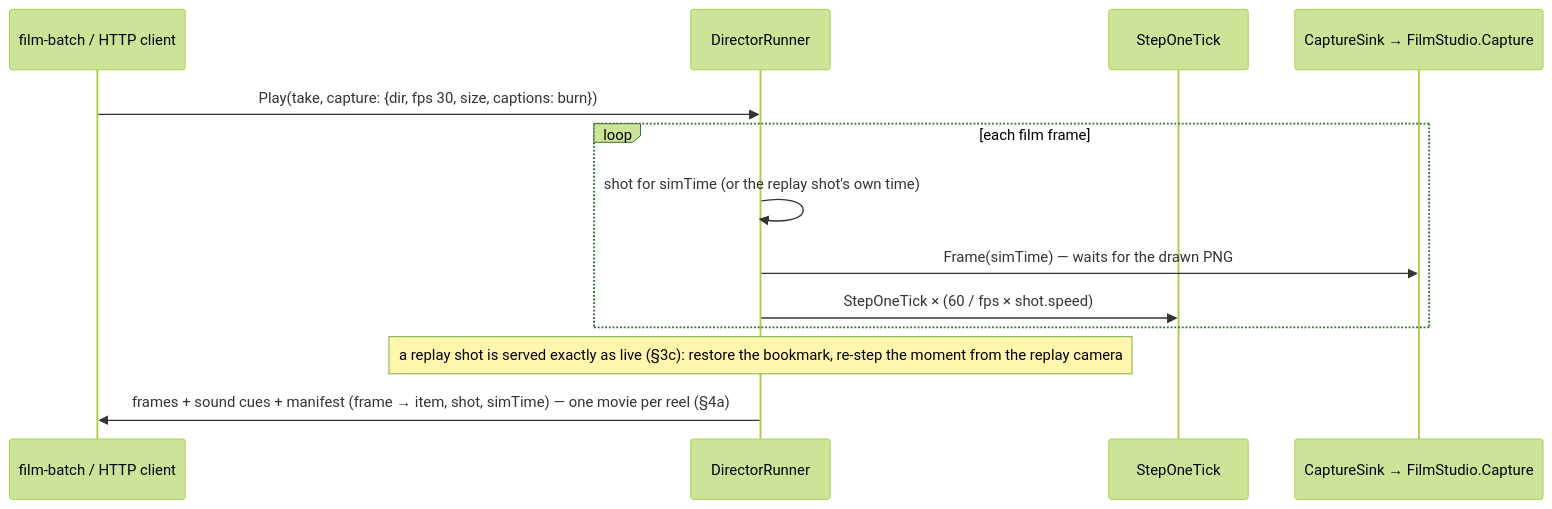
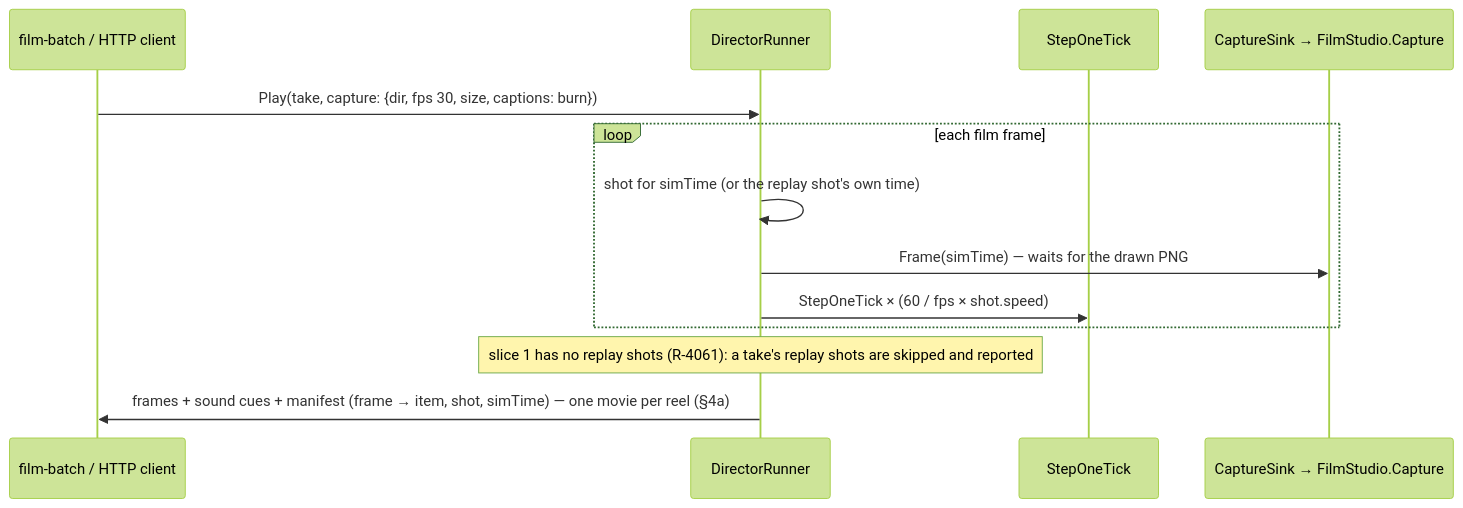
Before and after one commit to pjanec/HROT: the fifth of 5 diagrams in docs/DESIGN_Film_Director.md, drawn with Mermaid (forest theme). The commit also changed other lines of this file and 3 other files, not shown here.

First line of the commit message:
docs: film director third pass — R-4061: a full LIVE run (from the file, recorded), not the preview; no instant replays in slice 1, later from the recording

````diff
--- a/docs/DESIGN_Film_Director.md
+++ b/docs/DESIGN_Film_Director.md
@@ -301,15 +297,15 @@
 ```mermaid
 sequenceDiagram
   participant B as film-batch / HTTP client
   participant R as DirectorRunner
   participant C as StepOneTick
   participant K as CaptureSink → FilmStudio.Capture
   B->>R: Play(take, capture: {dir, fps 30, size, captions: burn})
   loop each film frame
     R->>R: shot for simTime (or the replay shot's own time)
     R->>K: Frame(simTime) — waits for the drawn PNG
     R->>C: StepOneTick × (60 / fps × shot.speed)
   end
-  Note over R: a replay shot is served exactly as live (§3c): restore the bookmark, re-step the moment from the replay camera
+  Note over R: slice 1 has no replay shots (R-4061): a take's replay shots are skipped and reported
   R->>B: frames + sound cues + manifest (frame → item, shot, simTime) — one movie per reel (§4a)
 ```
````
